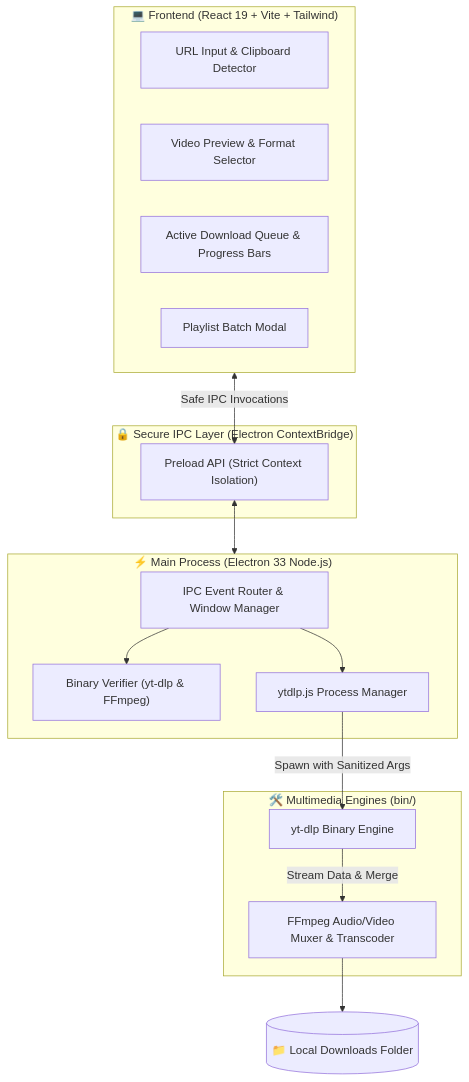
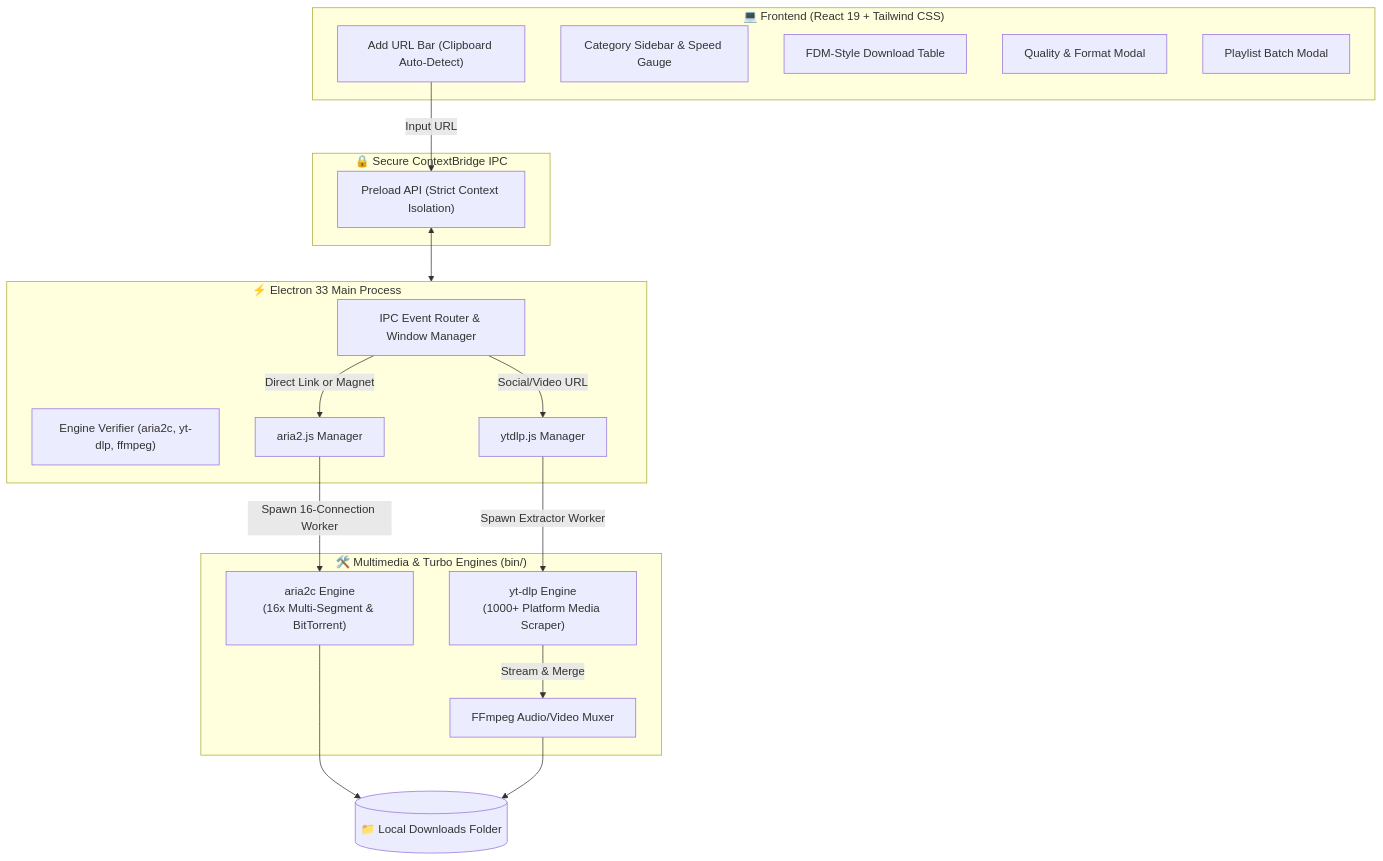
One commit to dhruvil-114/uni-downloader changed the diagram in README.md. Above: the diagram before and after it, drawn with Mermaid. The commit also changed other lines of this file and 18 other files, not shown here.

Commit message:
feat(v2.0): Uni Downloader - FDM/IDM-style download manager with 16x aria2c turbo, torrents, and 1000+ media platforms

````diff
--- a/README.md
+++ b/README.md
@@ -94,32 +81,40 @@
 ```mermaid
 flowchart TD
-    subgraph UI["💻 Frontend (React 19 + Vite + Tailwind)"]
-        UrlInput["URL Input & Clipboard Detector"]
-        Preview["Video Preview & Format Selector"]
-        Queue["Active Download Queue & Progress Bars"]
+    subgraph UI["💻 Frontend (React 19 + Tailwind CSS)"]
+        UrlBar["Add URL Bar (Clipboard Auto-Detect)"]
+        Sidebar["Category Sidebar & Speed Gauge"]
+        Table["FDM-Style Download Table"]
+        MediaModal["Quality & Format Modal"]
         PlaylistModal["Playlist Batch Modal"]
     end
 
-    subgraph IPC["🔒 Secure IPC Layer (Electron ContextBridge)"]
+    subgraph IPC["🔒 Secure ContextBridge IPC"]
         Preload["Preload API (Strict Context Isolation)"]
     end
 
-    subgraph Main["⚡ Main Process (Electron 33 Node.js)"]
+    subgraph Main["⚡ Electron 33 Main Process"]
         Router["IPC Event Router & Window Manager"]
-        BinaryManager["Binary Verifier (yt-dlp & FFmpeg)"]
-        DownloadEngine["ytdlp.js Process Manager"]
+        BinaryManager["Engine Verifier (aria2c, yt-dlp, ffmpeg)"]
+        DirectManager["aria2.js Manager"]
+        MediaManager["ytdlp.js Manager"]
     end
 
-    subgraph Engines["🛠️ Multimedia Engines (bin/)"]
-        YTDLP["yt-dlp Binary Engine"]
-        FFMPEG["FFmpeg Audio/Video Muxer & Transcoder"]
+    subgraph Engines["🛠️ Multimedia & Turbo Engines (bin/)"]
+        ARIA2["aria2c Engine\n(16x Multi-Segment & BitTorrent)"]
+        YTDLP["yt-dlp Engine\n(1000+ Platform Media Scraper)"]
+        FFMPEG["FFmpeg Audio/Video Muxer"]
     end
 
-    UI <-->|Safe IPC Invocations| Preload
+    UrlBar -->|Input URL| Preload
     Preload <--> Main
-    Router --> BinaryManager
-    Router --> DownloadEngine
-    DownloadEngine -->|Spawn with Sanitized Args| YTDLP
-    YTDLP -->|Stream Data & Merge| FFMPEG
-    FFMPEG --> TargetDisk[("📁 Local Downloads Folder")]
+
+    Router -->|Direct Link or Magnet| DirectManager
+    Router -->|Social/Video URL| MediaManager
+
+    DirectManager -->|Spawn 16-Connection Worker| ARIA2
+    MediaManager -->|Spawn Extractor Worker| YTDLP
+    YTDLP -->|Stream & Merge| FFMPEG
+
+    ARIA2 --> TargetDisk[("📁 Local Downloads Folder")]
+    FFMPEG --> TargetDisk
 ```
````
